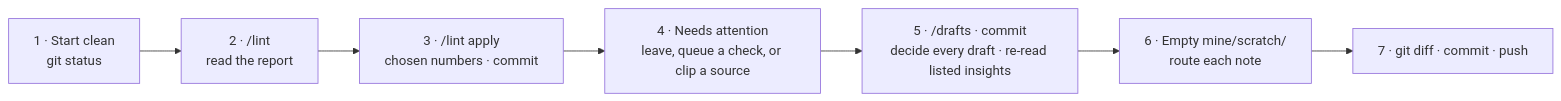
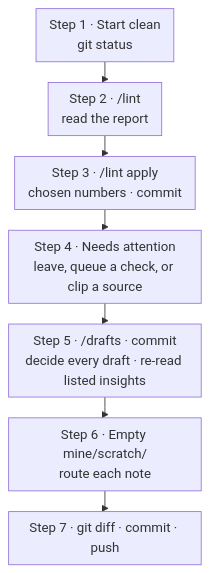
One commit to quocnguyen13/second-brain changed diagram 15 of 16 in mine/projects/thinking-system/23 Product Requirements.md. Above: the diagram before and after it, drawn with Mermaid. The commit also changed other lines of this file and 5 other files, not shown here.

````diff
--- a/mine/projects/thinking-system/23 Product Requirements.md
+++ b/mine/projects/thinking-system/23 Product Requirements.md
@@ -859,9 +937,10 @@
 ```mermaid
-flowchart LR
-    S1["1 · Start clean<br/>git status"] --> S2["2 · /lint<br/>read the report"]
-    S2 --> S3["3 · /lint apply<br/>chosen numbers · commit"]
-    S3 --> S4["4 · Needs attention<br/>leave, queue a check, or clip a source"]
-    S4 --> S5["5 · /drafts · commit<br/>decide every draft · re-read listed insights"]
-    S5 --> S6["6 · Empty mine/scratch/<br/>route each note"]
-    S6 --> S7["7 · git diff · commit · push"]
+%%{init: {"flowchart": {"curve": "step", "useMaxWidth": true, "nodeSpacing": 12, "rankSpacing": 25, "padding": 8, "subGraphTitleMargin": {"top": 4, "bottom": 8}}}}%%
+flowchart TB
+    S1["Step 1 · Start clean<br/>git status"] --> S2["Step 2 · /lint<br/>read the report"]
+    S2 --> S3["Step 3 · /lint apply<br/>chosen numbers · commit"]
+    S3 --> S4["Step 4 · Needs attention<br/>leave, queue a check, or clip a source"]
+    S4 --> S5["Step 5 · /drafts · commit<br/>decide every draft · re-read listed insights"]
+    S5 --> S6["Step 6 · Empty mine/scratch/<br/>route each note"]
+    S6 --> S7["Step 7 · git diff · commit · push"]
 ```
````
